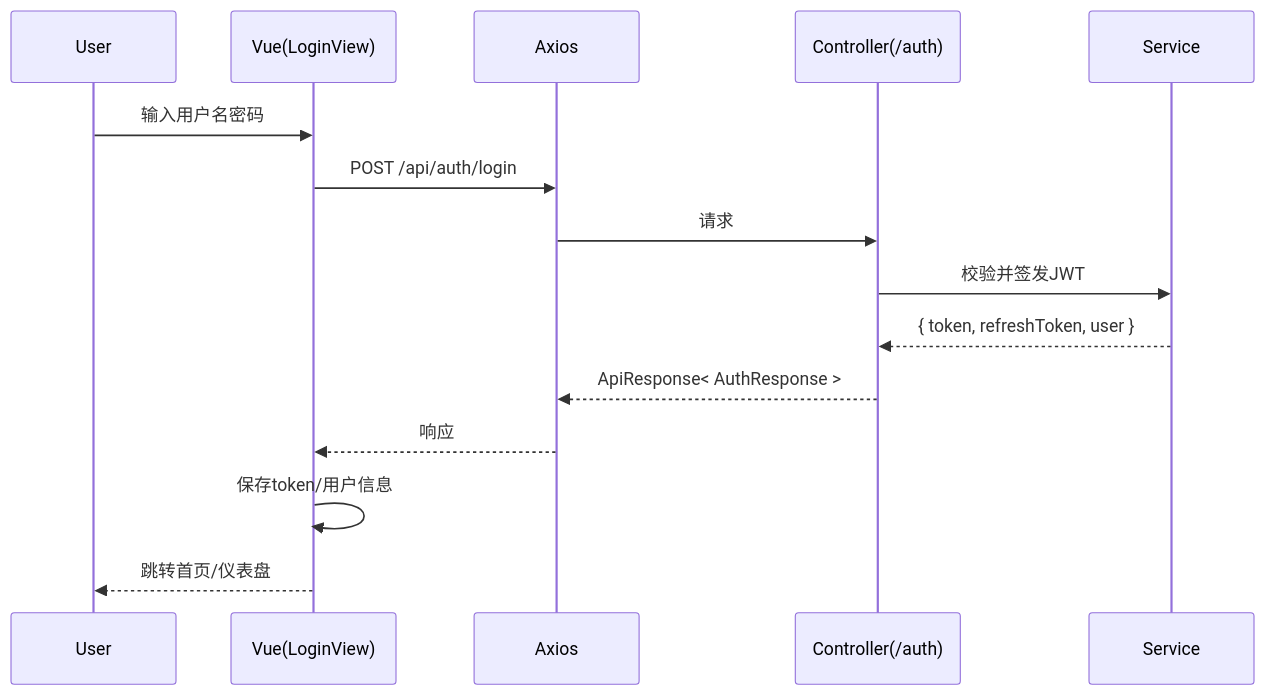
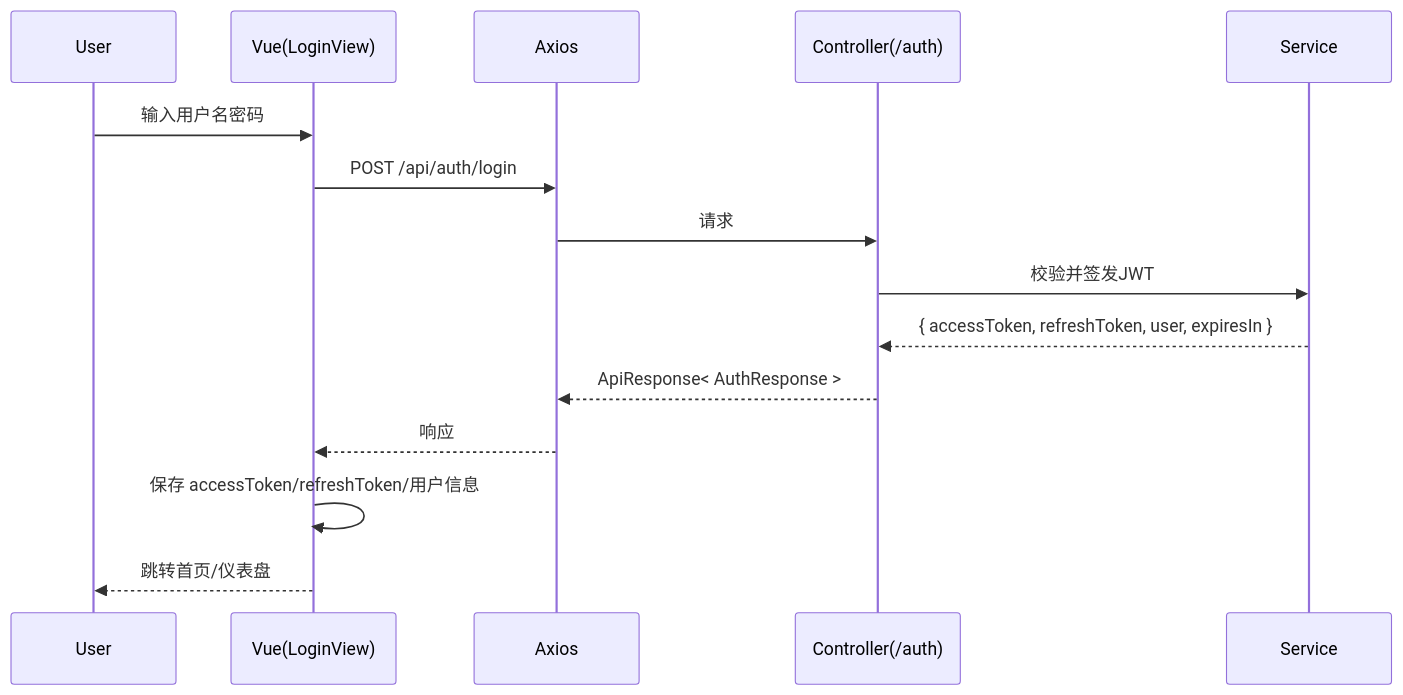
The first of 15 diagrams in docs/e2e-examples.md (Xiaorui-Zhang537/student-core-competency-cultivation-assessment-system), drawn with Mermaid before and after one commit. The commit also changed other lines of this file and 110 other files, not shown here.

````diff
--- a/docs/e2e-examples.md
+++ b/docs/e2e-examples.md
@@ -29,17 +39,17 @@
 ```mermaid
 sequenceDiagram
   participant U as User
   participant V as Vue(LoginView)
   participant A as Axios
   participant C as Controller(/auth)
   participant S as Service
   U->>V: 输入用户名密码
   V->>A: POST /api/auth/login
   A->>C: 请求
   C->>S: 校验并签发JWT
-  S-->>C: { token, refreshToken, user }
+  S-->>C: { accessToken, refreshToken, user, expiresIn }
   C-->>A: ApiResponse< AuthResponse >
   A-->>V: 响应
-  V->>V: 保存token/用户信息
+  V->>V: 保存 accessToken/refreshToken/用户信息
   V-->>U: 跳转首页/仪表盘
 ```
````
